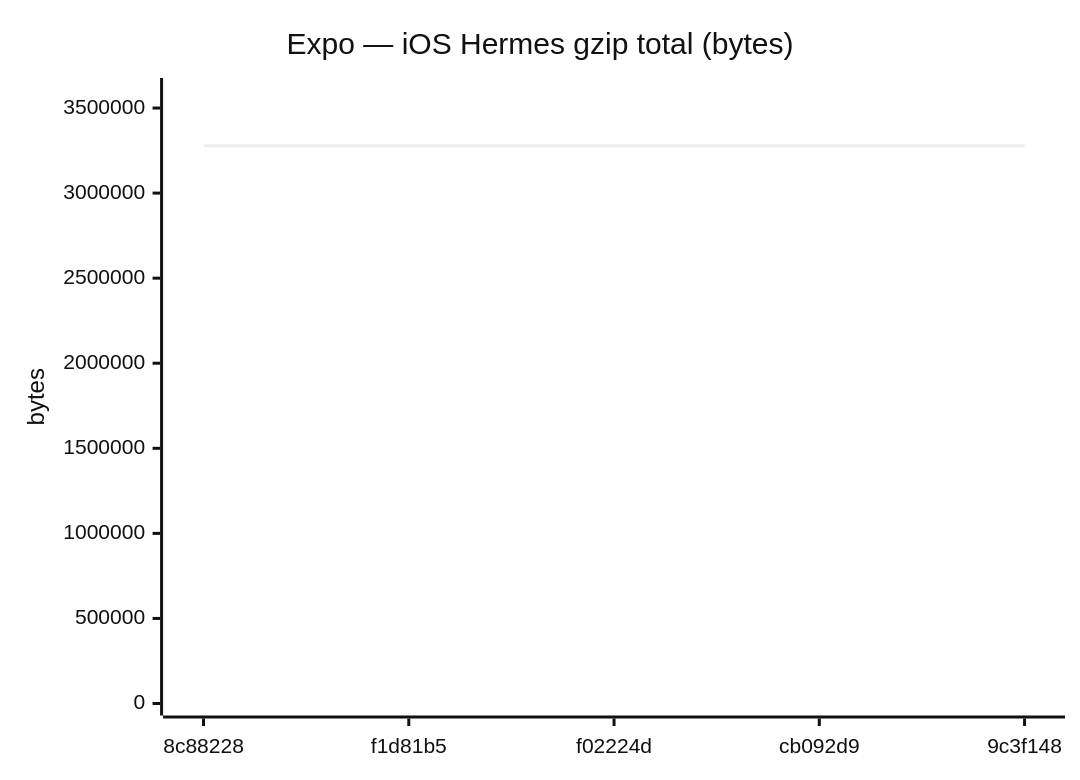
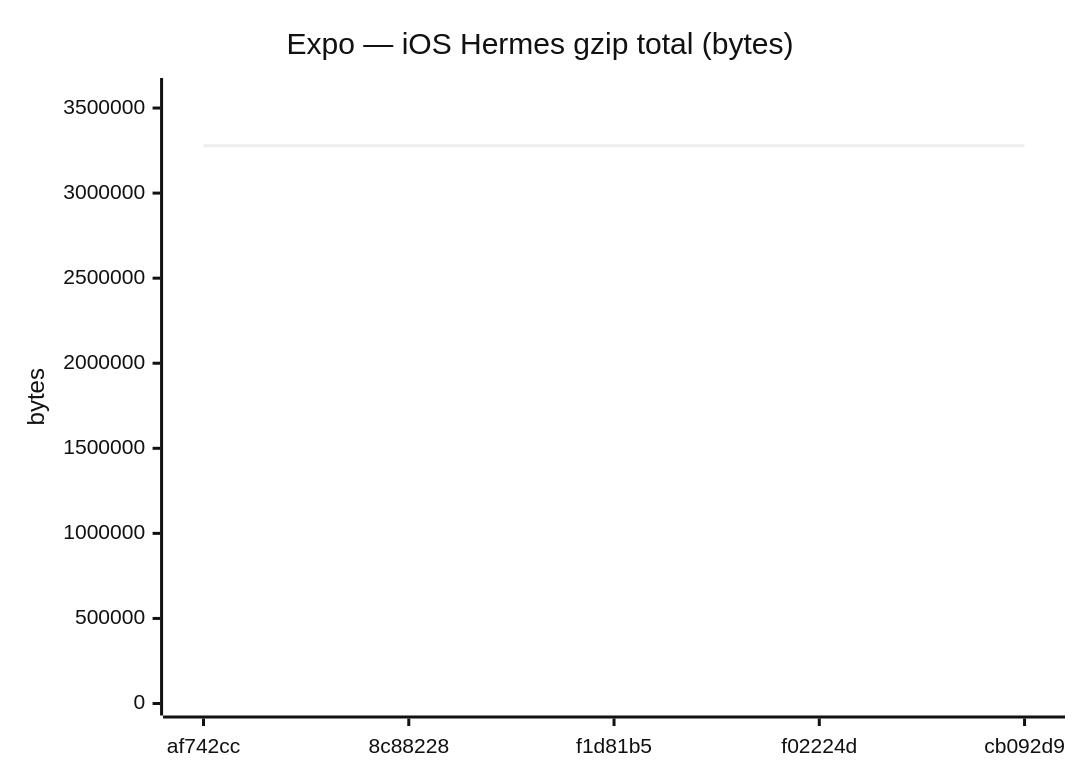
One commit to Metaheurist/Rianell changed diagram 12 of 18 in benchmarks/compare.md. Above: the diagram before and after it, drawn with Mermaid (neutral theme). The commit also changed other lines of this file and 12 other files, not shown here.

````diff
--- a/benchmarks/compare.md
+++ b/benchmarks/compare.md
@@ -179,7 +179,7 @@
 ```mermaid
 xychart-beta
     title "Expo — iOS Hermes gzip total (bytes)"
-    x-axis ["8c88228", "f1d81b5", "f02224d", "cb092d9", "9c3f148"]
+    x-axis ["af742cc", "8c88228", "f1d81b5", "f02224d", "cb092d9"]
     y-axis "bytes" 0 --> 3606021
-    line [3277689, 3278200, 3278200, 3278198, 3278199]
+    line [3278197, 3277689, 3278200, 3278200, 3278198]
 ```
````
